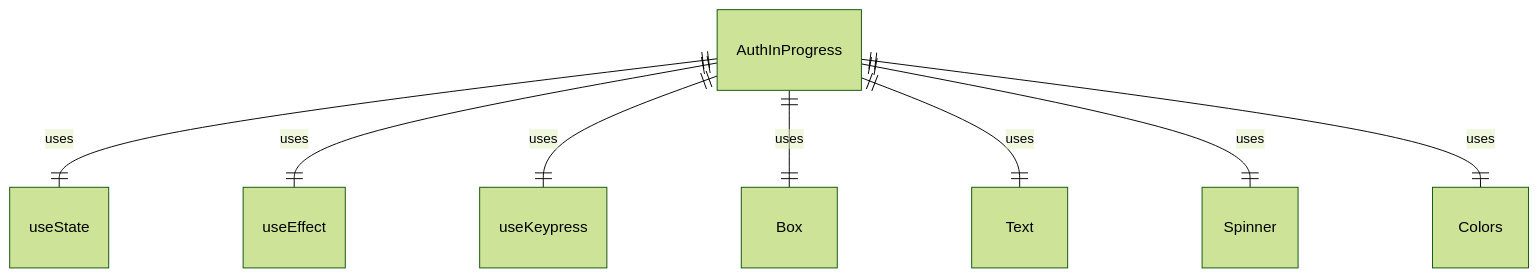
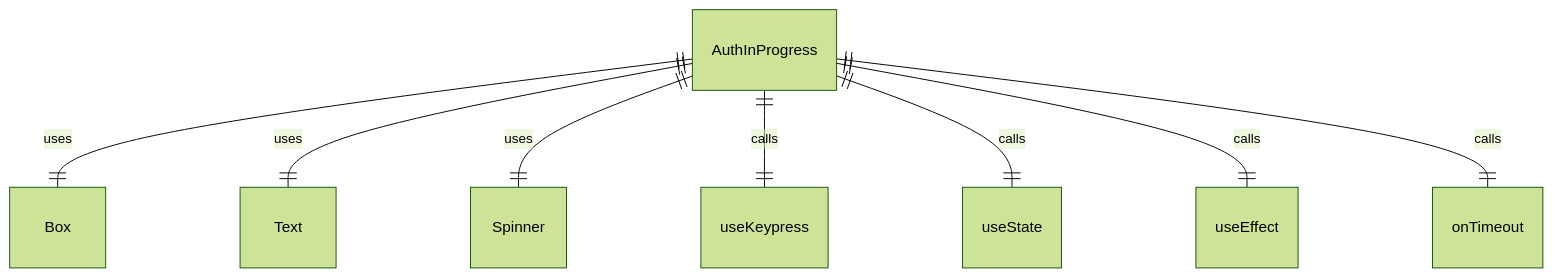
Before and after one commit to Joker-of-Gotham/AI-CLI: the diagram in documentation/packages/cli/src/ui/auth/AuthInProgress.tsx.md, drawn with Mermaid (forest theme). The commit also changed other lines of this file and 127 other files, not shown here.

Commit message:
add graph view of all the project

````diff
--- a/documentation/packages/cli/src/ui/auth/AuthInProgress.tsx.md
+++ b/documentation/packages/cli/src/ui/auth/AuthInProgress.tsx.md
@@ -44,10 +29,10 @@
 ```mermaid
 erDiagram
-    AuthInProgress ||--|| useState : uses
-    AuthInProgress ||--|| useEffect : uses
-    AuthInProgress ||--|| useKeypress : uses
     AuthInProgress ||--|| Box : uses
     AuthInProgress ||--|| Text : uses
     AuthInProgress ||--|| Spinner : uses
-    AuthInProgress ||--|| Colors : uses
+    AuthInProgress ||--|| useKeypress : calls
+    AuthInProgress ||--|| useState : calls
+    AuthInProgress ||--|| useEffect : calls
+    AuthInProgress ||--|| onTimeout : calls
 ```
````
